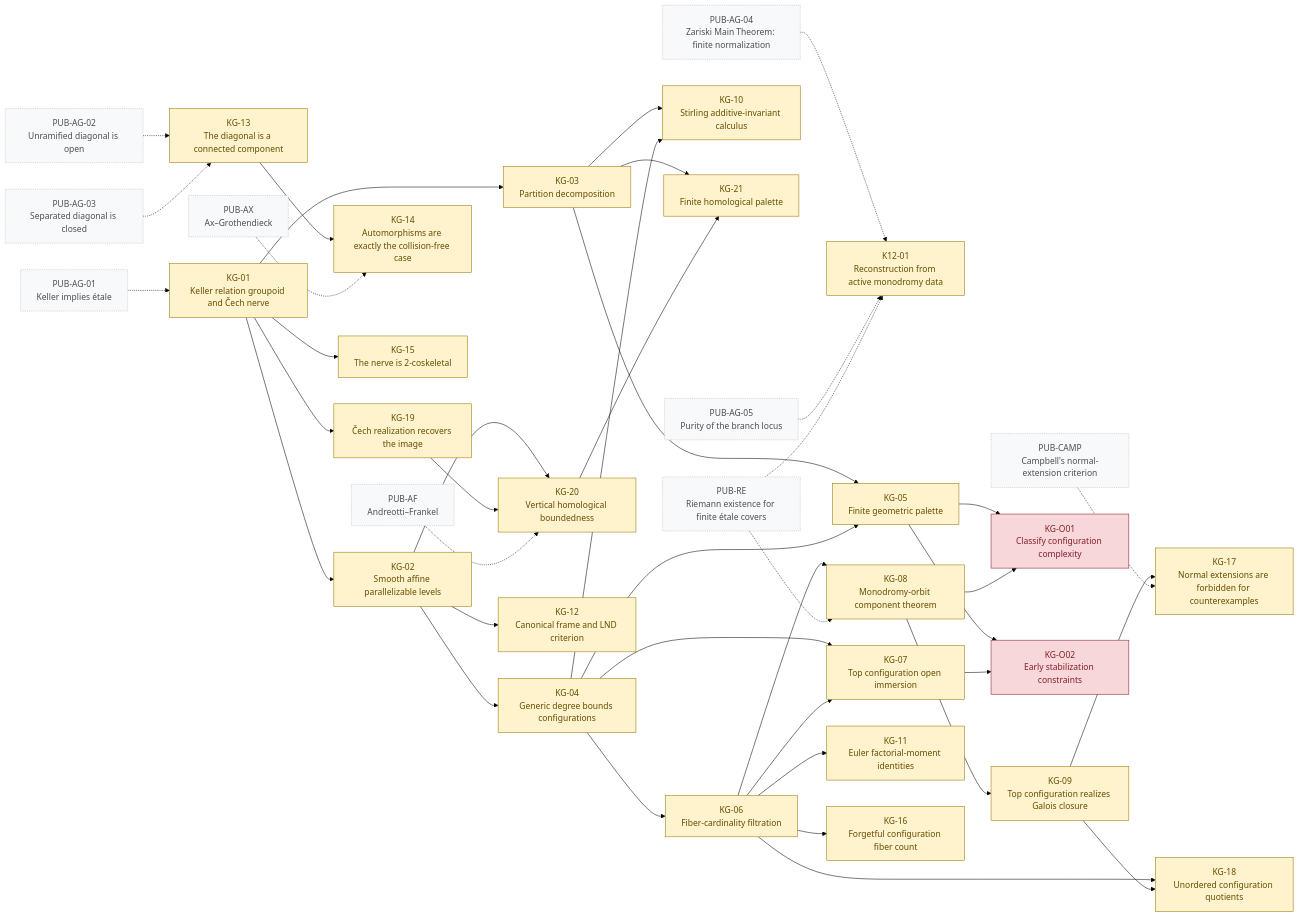
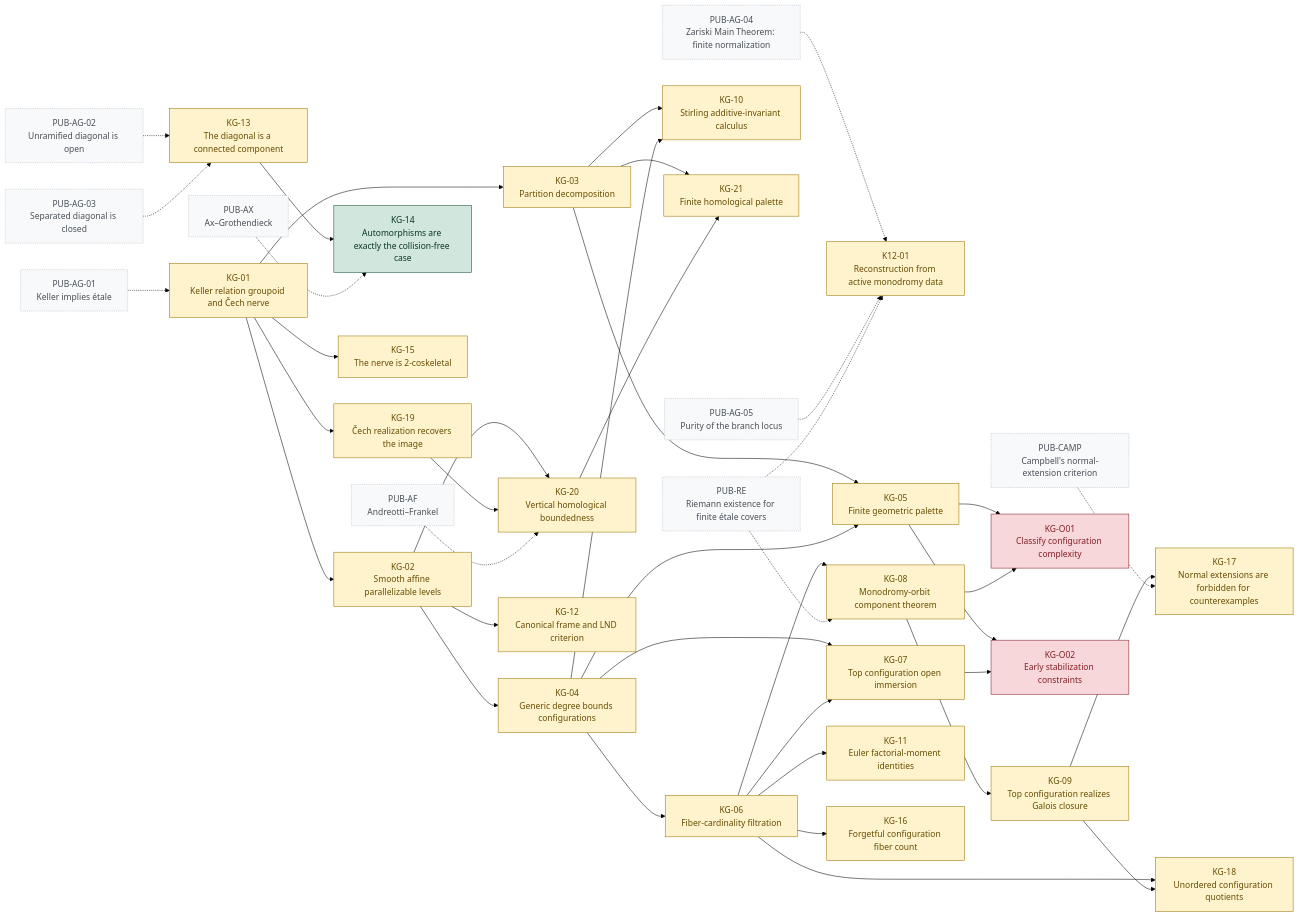
The diagram in research/keller/keller-groupoids/notes/dependency-graph.md (charlesmsiegel/hardy), drawn with Mermaid (forest theme) before and after one commit. The commit also changed 275 other files, not shown here.

```diff
--- a/research/keller/keller-groupoids/notes/dependency-graph.md
+++ b/research/keller/keller-groupoids/notes/dependency-graph.md
@@ -44,7 +44,7 @@
   KG_13["KG-13<br/>The diagonal is a connected component"]
   class KG_13 llm;
   KG_14["KG-14<br/>Automorphisms are exactly the collision-free case"]
-  class KG_14 llm;
+  class KG_14 lean;
   KG_15["KG-15<br/>The nerve is 2-coskeletal"]
   class KG_15 llm;
   KG_16["KG-16<br/>Forgetful configuration fiber count"]
```
